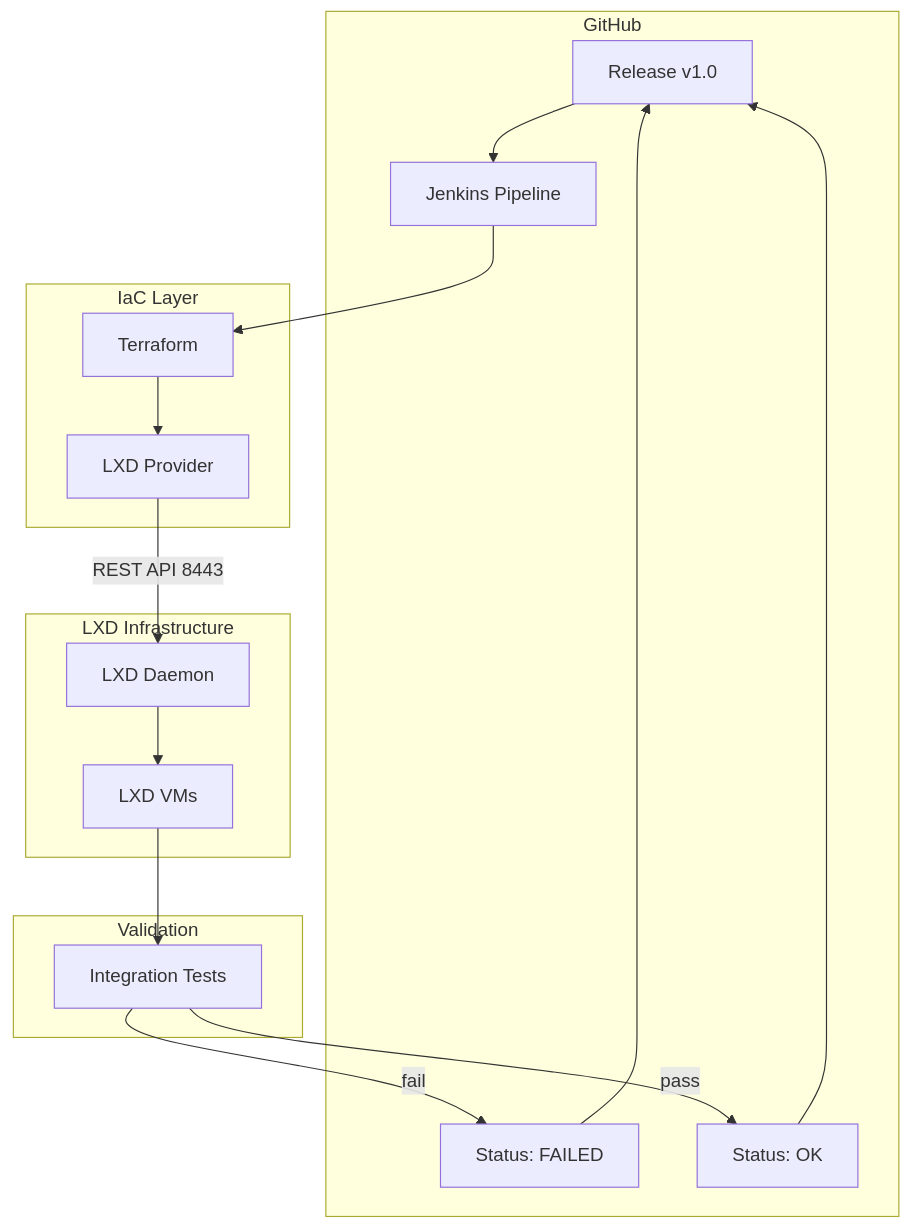
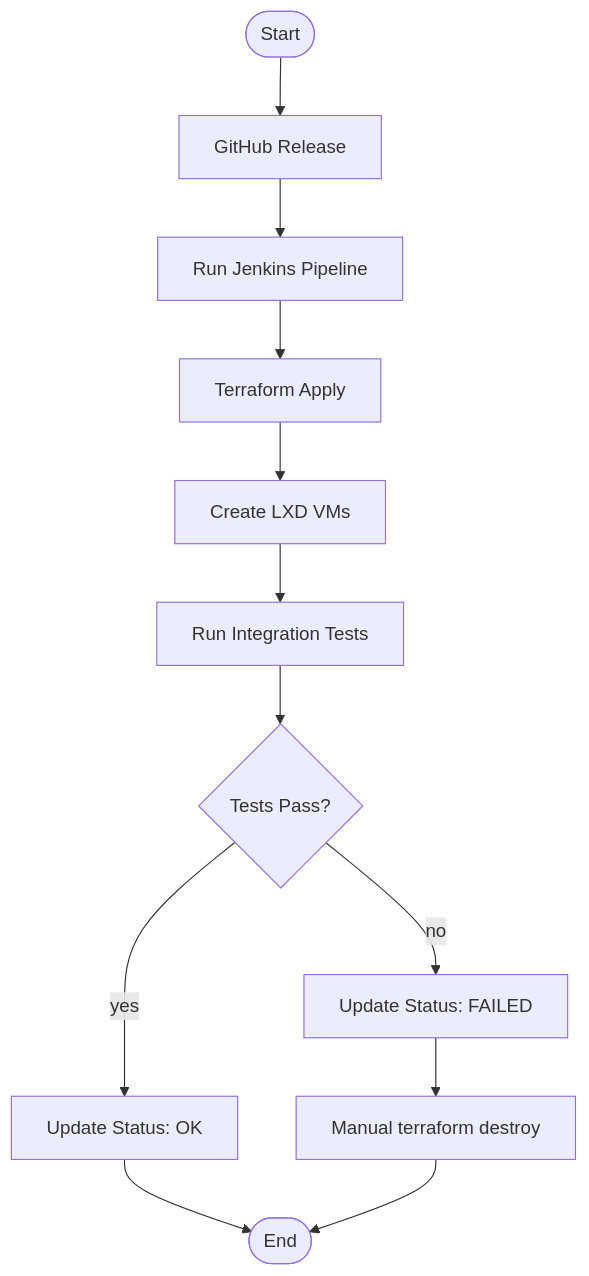
Before and after one commit to DurianLAB/terraform: the diagram in docs/diagram.md, drawn with Mermaid. The commit also changed other lines of this file, not shown here.

Commit message:
Fix: update Activity Diagrams to use proper action notation with decision nodes

````diff
--- a/docs/diagram.md
+++ b/docs/diagram.md
@@ -71,24 +66,16 @@
 ```mermaid
 graph TB
-    subgraph "GitHub"
-        A[Release v1.0] --> B[Jenkins Pipeline]
-        F[Status: FAILED] --> A
-        G[Status: OK] --> A
-    end
+    Start([Start]) --> A[GitHub Release]
+    A --> B[Run Jenkins Pipeline]
+    B --> C[Terraform Apply]
+    C --> D[Create LXD VMs]
+    D --> E[Run Integration Tests]
+    E --> D1{Tests Pass?}
     
-    subgraph "IaC Layer"
-        B --> C[Terraform]
-        C --> D[LXD Provider]
-    end
+    D1 -->|yes| F[Update Status: OK]
+    D1 -->|no| G[Update Status: FAILED]
+    G --> H[Manual terraform destroy]
     
-    subgraph "LXD Infrastructure"
-        D -->|REST API 8443| E[LXD Daemon]
-        E --> F1[LXD VMs]
-    end
-    
-    subgraph "Validation"
-        F1 --> H[Integration Tests]
-        H -->|pass| G
-        H -->|fail| F
-    end
+    F --> End([End])
+    H --> End
 ```
````
